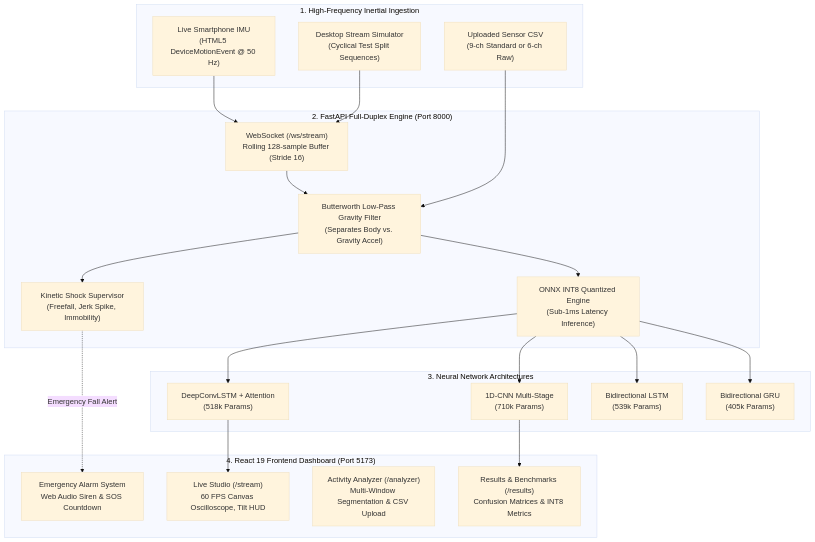
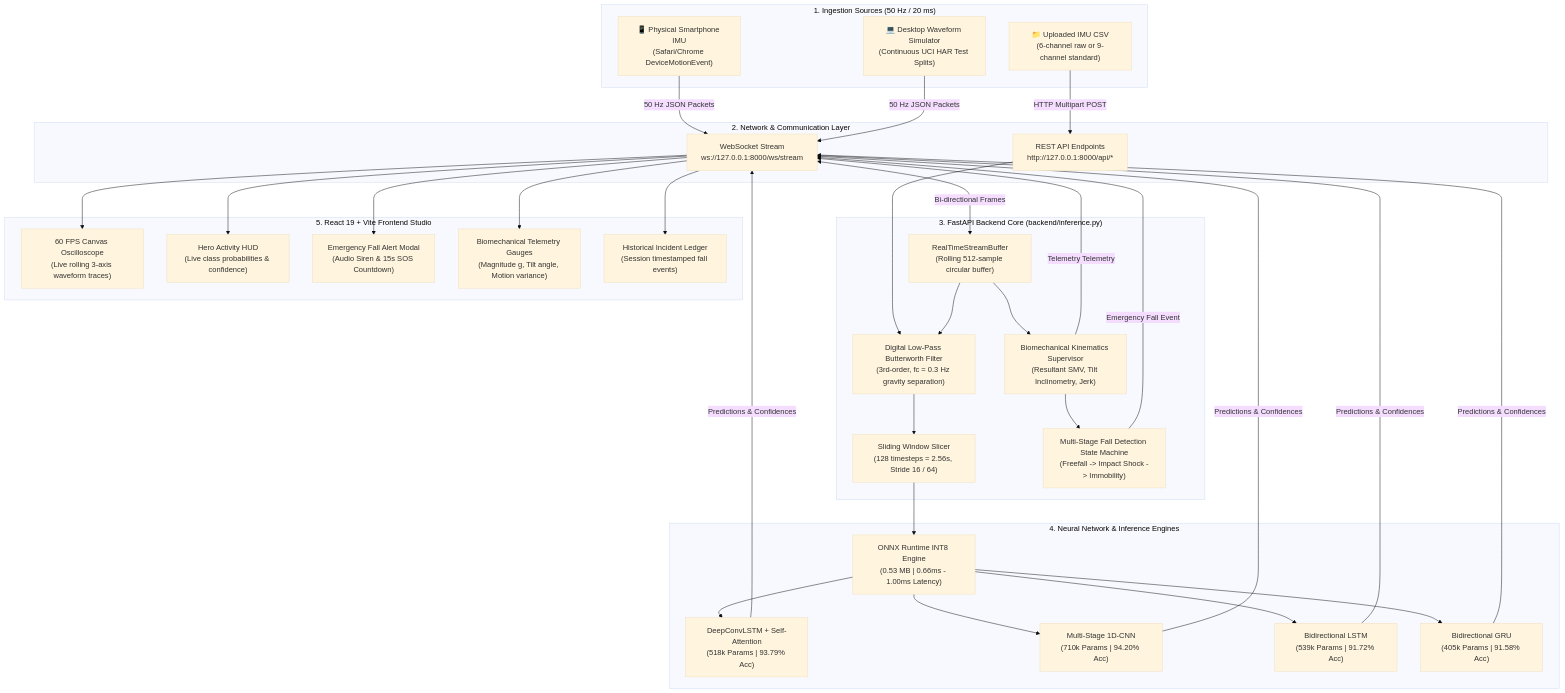
Before and after one commit to prathmesh-nitnaware/HAR: the first of 8 diagrams in README.md, drawn with Mermaid (base theme). The commit also changed other lines of this file, not shown here.

Commit message:
docs: complete detailed README with 7 Mermaid flowcharts, signal kinematics, and mobile connection sequence

````diff
--- a/README.md
+++ b/README.md
@@ -125,43 +55,69 @@
 ```mermaid
-graph TD
-    subgraph Data_Acquisition["1. High-Frequency Inertial Ingestion"]
-        S1["Live Smartphone IMU<br/>(HTML5 DeviceMotionEvent @ 50 Hz)"]
-        S2["Desktop Stream Simulator<br/>(Cyclical Test Split Sequences)"]
-        S3["Uploaded Sensor CSV<br/>(9-ch Standard or 6-ch Raw)"]
+flowchart TD
+    %% Input Sources
+    subgraph SENSORS["1. Ingestion Sources (50 Hz / 20 ms)"]
+        A1["📱 Physical Smartphone IMU<br/>(Safari/Chrome DeviceMotionEvent)"]
+        A2["💻 Desktop Waveform Simulator<br/>(Continuous UCI HAR Test Splits)"]
+        A3["📁 Uploaded IMU CSV<br/>(6-channel raw or 9-channel standard)"]
     end
 
-    subgraph Streaming_Engine["2. FastAPI Full-Duplex Engine (Port 8000)"]
-        W1["WebSocket (/ws/stream)<br/>Rolling 128-sample Buffer (Stride 16)"]
-        W2["Butterworth Low-Pass Gravity Filter<br/>(Separates Body vs. Gravity Accel)"]
-        W3["Kinetic Shock Supervisor<br/>(Freefall, Jerk Spike, Immobility)"]
-        W4["ONNX INT8 Quantized Engine<br/>(Sub-1ms Latency Inference)"]
+    %% Communication Layer
+    subgraph COMM["2. Network & Communication Layer"]
+        B1["WebSocket Stream<br/>ws://127.0.0.1:8000/ws/stream"]
+        B2["REST API Endpoints<br/>http://127.0.0.1:8000/api/*"]
     end
 
-    subgraph Deep_Models["3. Neural Network Architectures"]
-        M1["DeepConvLSTM + Attention<br/>(518k Params)"]
-        M2["1D-CNN Multi-Stage<br/>(710k Params)"]
-        M3["Bidirectional LSTM<br/>(539k Params)"]
-        M4["Bidirectional GRU<br/>(405k Params)"]
+    A1 -->|50 Hz JSON Packets| B1
+    A2 -->|50 Hz JSON Packets| B1
+    A3 -->|HTTP Multipart POST| B2
+
+    %% Backend Signal Processing
+    subgraph ENGINE["3. FastAPI Backend Core (backend/inference.py)"]
+        C1["RealTimeStreamBuffer<br/>(Rolling 512-sample circular buffer)"]
+        C2["Digital Low-Pass Butterworth Filter<br/>(3rd-order, fc = 0.3 Hz gravity separation)"]
+        C3["Sliding Window Slicer<br/>(128 timesteps = 2.56s, Stride 16 / 64)"]
+        C4["Biomechanical Kinematics Supervisor<br/>(Resultant SMV, Tilt Inclinometry, Jerk)"]
+        C5["Multi-Stage Fall Detection State Machine<br/>(Freefall -> Impact Shock -> Immobility)"]
     end
 
-    subgraph React_Frontend["4. React 19 Frontend Dashboard (Port 5173)"]
-        UI1["Live Studio (/stream)<br/>60 FPS Canvas Oscilloscope, Tilt HUD"]
-        UI2["Emergency Alarm System<br/>Web Audio Siren & SOS Countdown"]
-        UI3["Activity Analyzer (/analyzer)<br/>Multi-Window Segmentation & CSV Upload"]
-        UI4["Results & Benchmarks (/results)<br/>Confusion Matrices & INT8 Metrics"]
+    B1 <-->|Bi-directional Frames| C1
+    B2 --> C2
+    C1 --> C2
+    C2 --> C3
+    C1 --> C4
+    C4 --> C5
+
+    %% Machine Learning Models
+    subgraph MODELS["4. Neural Network & Inference Engines"]
+        D1["DeepConvLSTM + Self-Attention<br/>(518k Params | 93.79% Acc)"]
+        D2["Multi-Stage 1D-CNN<br/>(710k Params | 94.20% Acc)"]
+        D3["Bidirectional LSTM<br/>(539k Params | 91.72% Acc)"]
+        D4["Bidirectional GRU<br/>(405k Params | 91.58% Acc)"]
+        D5["ONNX Runtime INT8 Engine<br/>(0.53 MB | 0.66ms - 1.00ms Latency)"]
     end
 
-    S1 --> W1
-    S2 --> W1
-    S3 --> W2
-    W1 --> W2
-    W2 --> W3
-    W2 --> W4
-    W4 --> M1
-    W4 --> M2
-    W4 --> M3
-    W4 --> M4
-    W3 -.->|"Emergency Fall Alert"| UI2
-    M1 --> UI1
-    M2 --> UI4
+    C3 --> D5
+    D5 --> D1
+    D5 --> D2
+    D5 --> D3
+    D5 --> D4
+
+    %% Output & Frontend
+    subgraph UI["5. React 19 + Vite Frontend Studio"]
+        E1["60 FPS Canvas Oscilloscope<br/>(Live rolling 3-axis waveform traces)"]
+        E2["Hero Activity HUD<br/>(Live class probabilities & confidence)"]
+        E3["Emergency Fall Alert Modal<br/>(Audio Siren & 15s SOS Countdown)"]
+        E4["Biomechanical Telemetry Gauges<br/>(Magnitude g, Tilt angle, Motion variance)"]
+        E5["Historical Incident Ledger<br/>(Session timestamped fall events)"]
+    end
+
+    D1 & D2 & D3 & D4 -->|Predictions & Confidences| B1
+    C4 -->|Telemetry Telemetry| B1
+    C5 -->|Emergency Fall Event| B1
+
+    B1 --> E1
+    B1 --> E2
+    B1 --> E3
+    B1 --> E4
+    B1 --> E5
 ```
````
